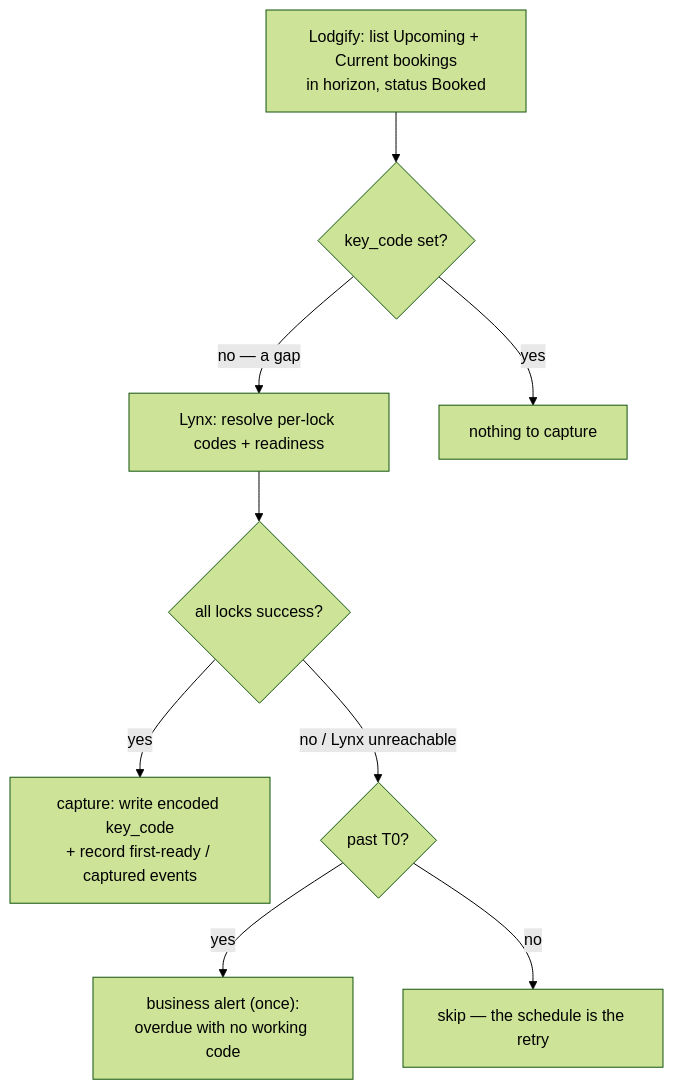
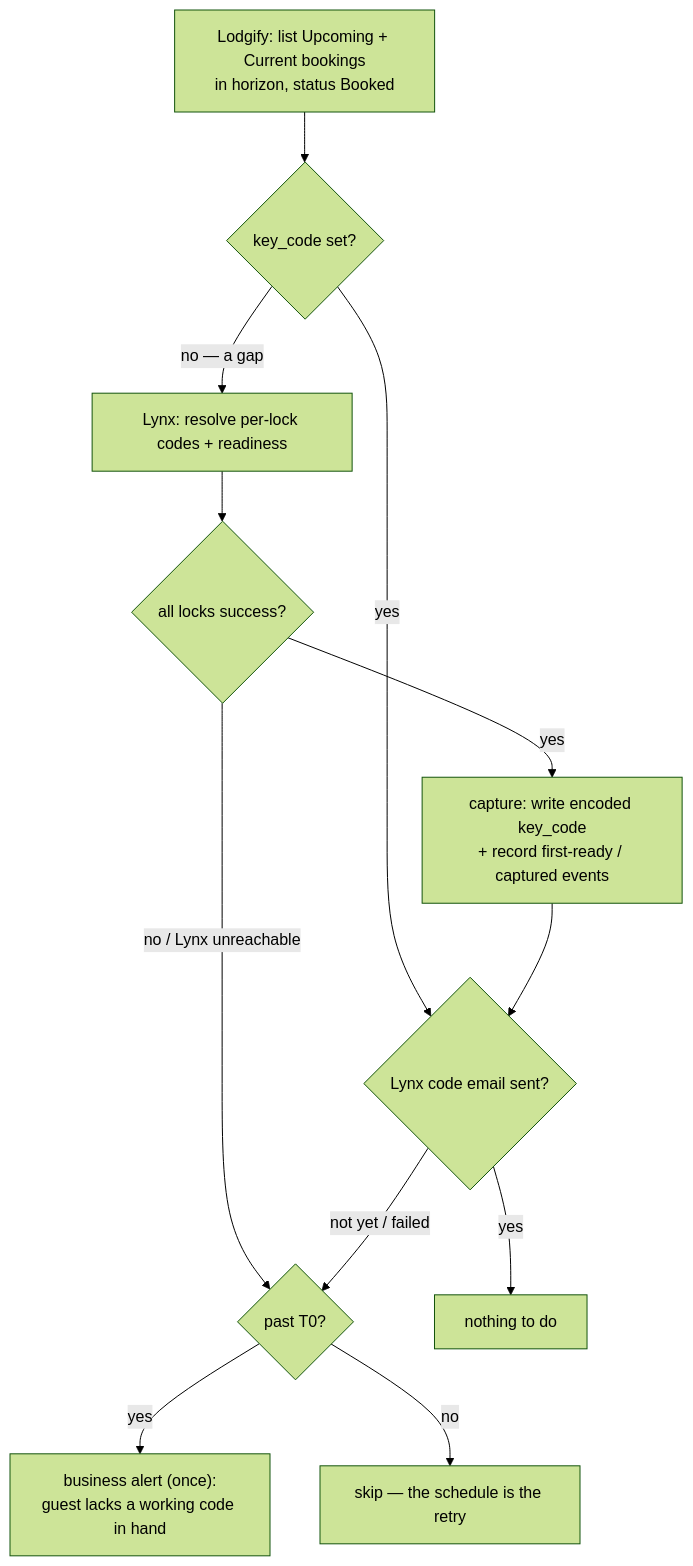
One commit to twin-digital/opus changed the diagram in nodejs/apps/lock-link/docs/architecture-sure-lock.md. Above: the diagram before and after it, drawn with Mermaid (forest theme). The commit also changed other lines of this file and 1 other file, not shown here.

First line of the commit message:
docs(lock-link): Lynx code-email status endpoint; delivery leg for sure-lock

````diff
--- a/nodejs/apps/lock-link/docs/architecture-sure-lock.md
+++ b/nodejs/apps/lock-link/docs/architecture-sure-lock.md
@@ -50,11 +51,14 @@
 ```mermaid
 flowchart TD
     L["Lodgify: list Upcoming + Current bookings<br/>in horizon, status Booked"] --> G{"key_code set?"}
     G -- "no — a gap" --> R["Lynx: resolve per-lock codes + readiness"]
     R --> RD{"all locks success?"}
     RD -- yes --> W["capture: write encoded key_code<br/>+ record first-ready / captured events"]
     RD -- "no / Lynx unreachable" --> T{"past T0?"}
-    T -- yes --> AL["business alert (once):<br/>overdue with no working code"]
+    G -- yes --> ES{"Lynx code email sent?"}
+    W --> ES
+    ES -- "not yet / failed" --> T
+    ES -- yes --> DONE["nothing to do"]
+    T -- yes --> AL["business alert (once):<br/>guest lacks a working code in hand"]
     T -- no --> S["skip — the schedule is the retry"]
-    G -- yes --> DONE["nothing to capture"]
 ```
````
